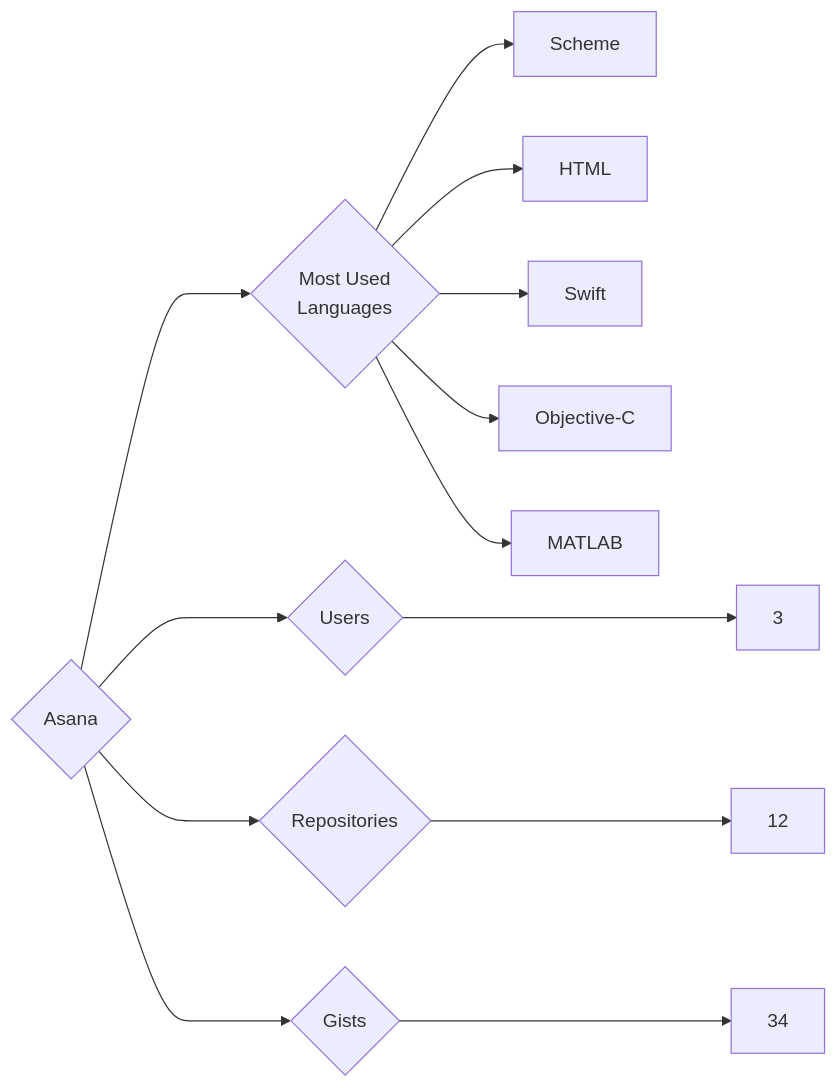
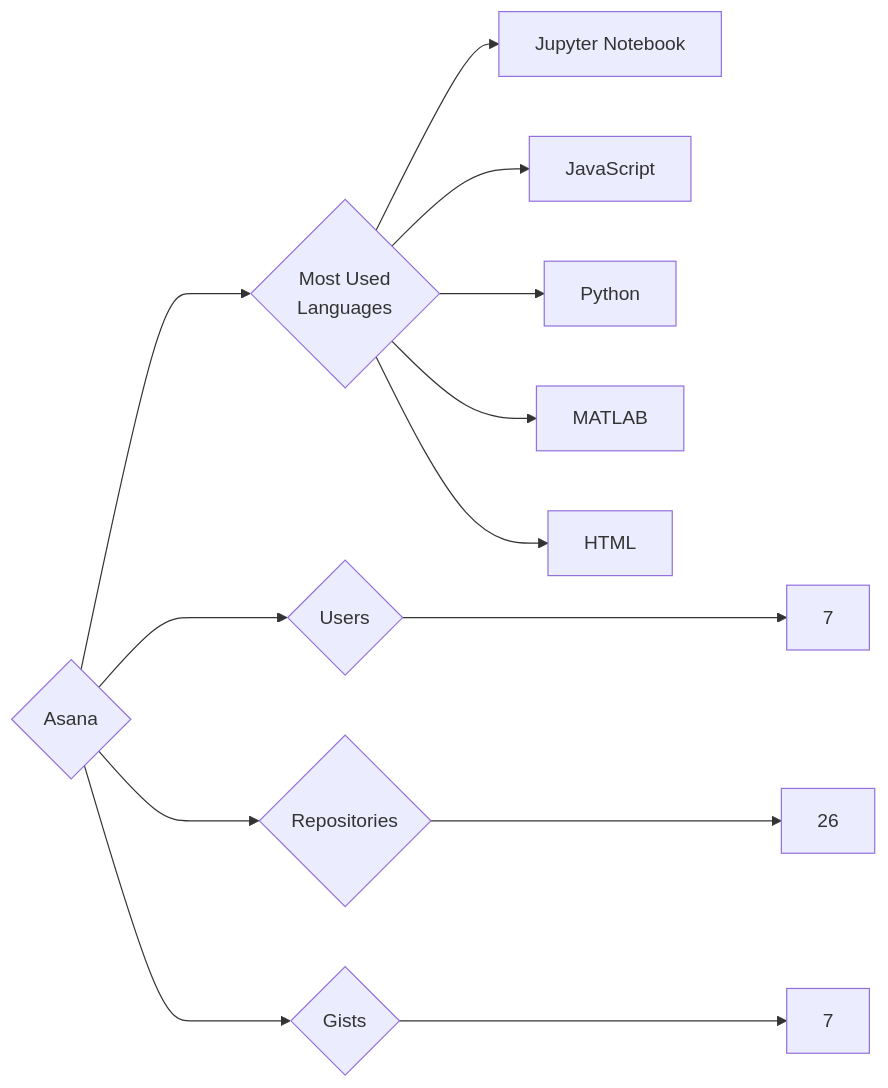
One commit to trickest/insiders changed the diagram in targets/Asana/README.md. Above: the diagram before and after it, drawn with Mermaid. The commit also changed 1166 other files, not shown here.

````diff
--- a/targets/Asana/README.md
+++ b/targets/Asana/README.md
@@ -3,13 +3,13 @@
 ```mermaid
 graph LR
 COMPANY_NAME{Asana}
-COMPANY_NAME ---> U{Users} ---> UN[3]
-COMPANY_NAME ---> R{Repositories} ---> RN[12]
-COMPANY_NAME ---> G{Gists} ---> GN[34]
+COMPANY_NAME ---> U{Users} ---> UN[7]
+COMPANY_NAME ---> R{Repositories} ---> RN[26]
+COMPANY_NAME ---> G{Gists} ---> GN[7]
 COMPANY_NAME ---> ML{Most Used<br>Languages}
-ML --> Scheme[Scheme]
+ML --> Jupyter_Notebook[Jupyter Notebook]
+ML --> JavaScript[JavaScript]
+ML --> Python[Python]
+ML --> MATLAB[MATLAB]
 ML --> HTML[HTML]
-ML --> Swift[Swift]
-ML --> Objective-C[Objective-C]
-ML --> MATLAB[MATLAB]
 ```
````
